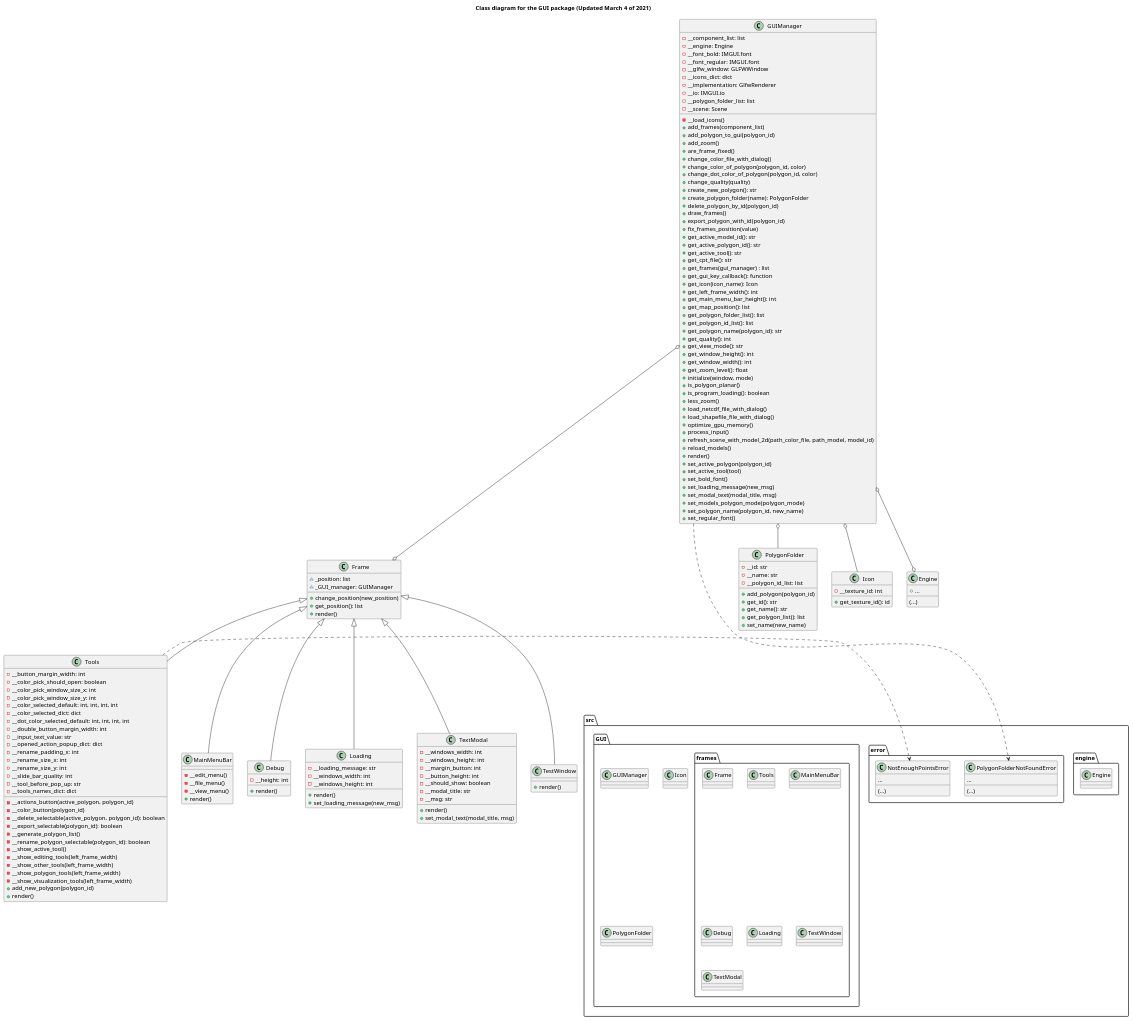
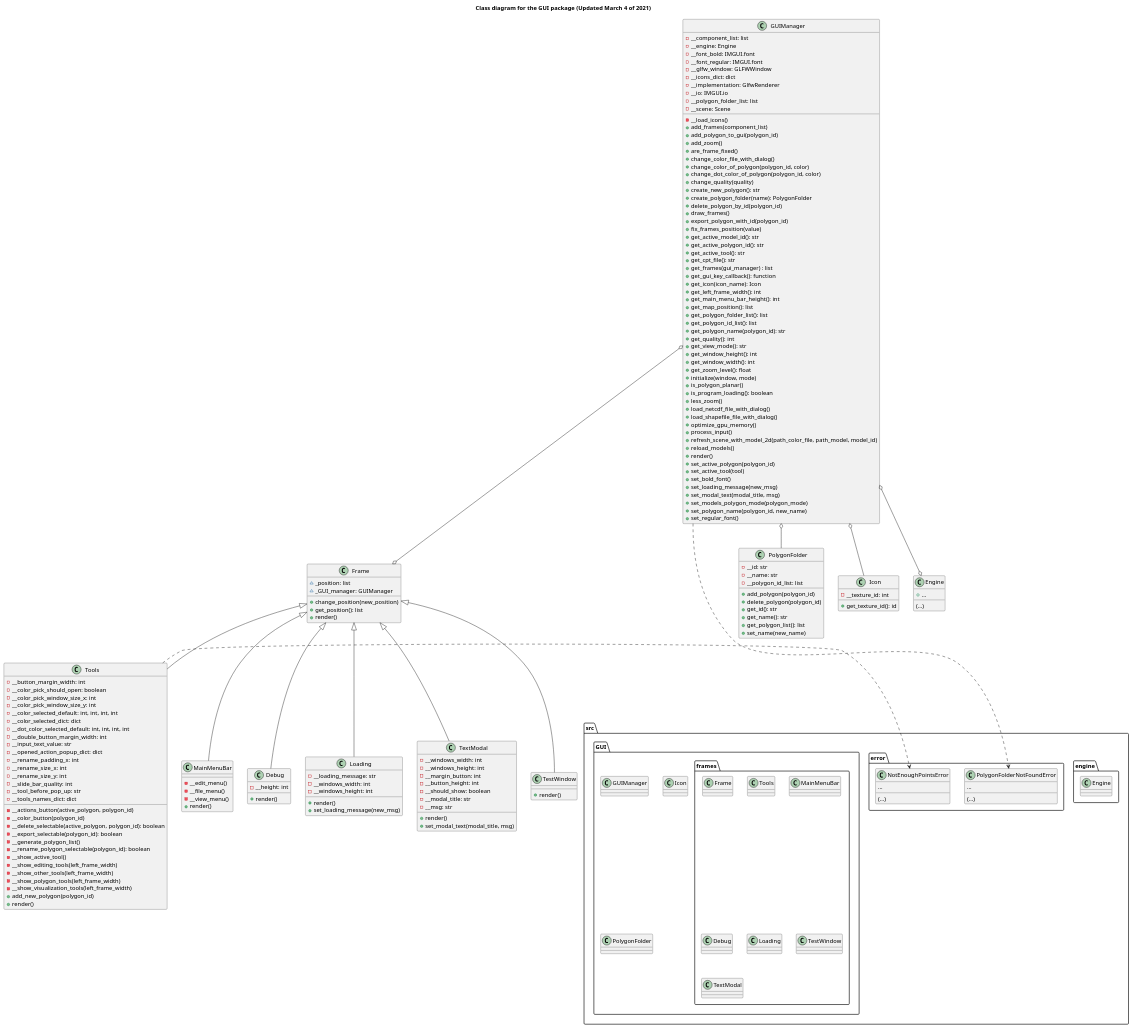
One commit to ferpoble2/Relief_Creator changed the diagram in docs/gui_package.puml. Above: the diagram before and after it, drawn with PlantUML. The commit also changed 1 other file, not shown here.

Commit message:
Added the delet_polygon method to the polygonFolder

```diff
--- a/docs/gui_package.puml
+++ b/docs/gui_package.puml
@@ -44,6 +44,7 @@
     - __polygon_id_list: list
 
     + add_polygon(polygon_id)
+    + delete_polygon(polygon_id)
     + get_id(): str
     + get_name(): str
     + get_polygon_list(): list
```
